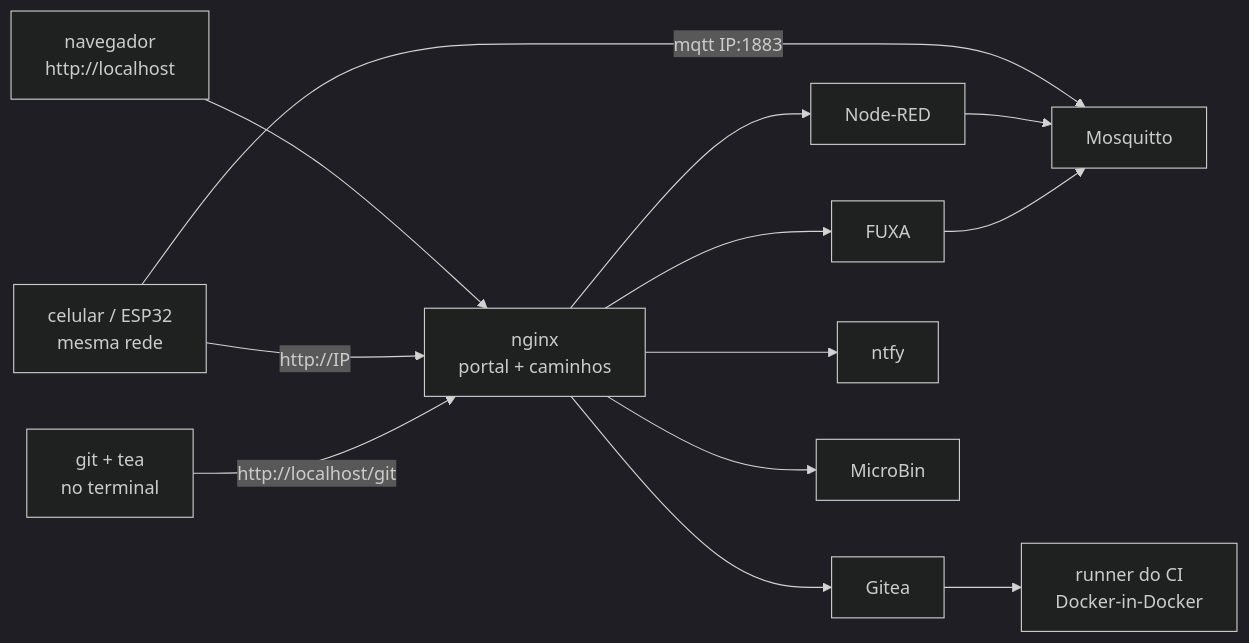
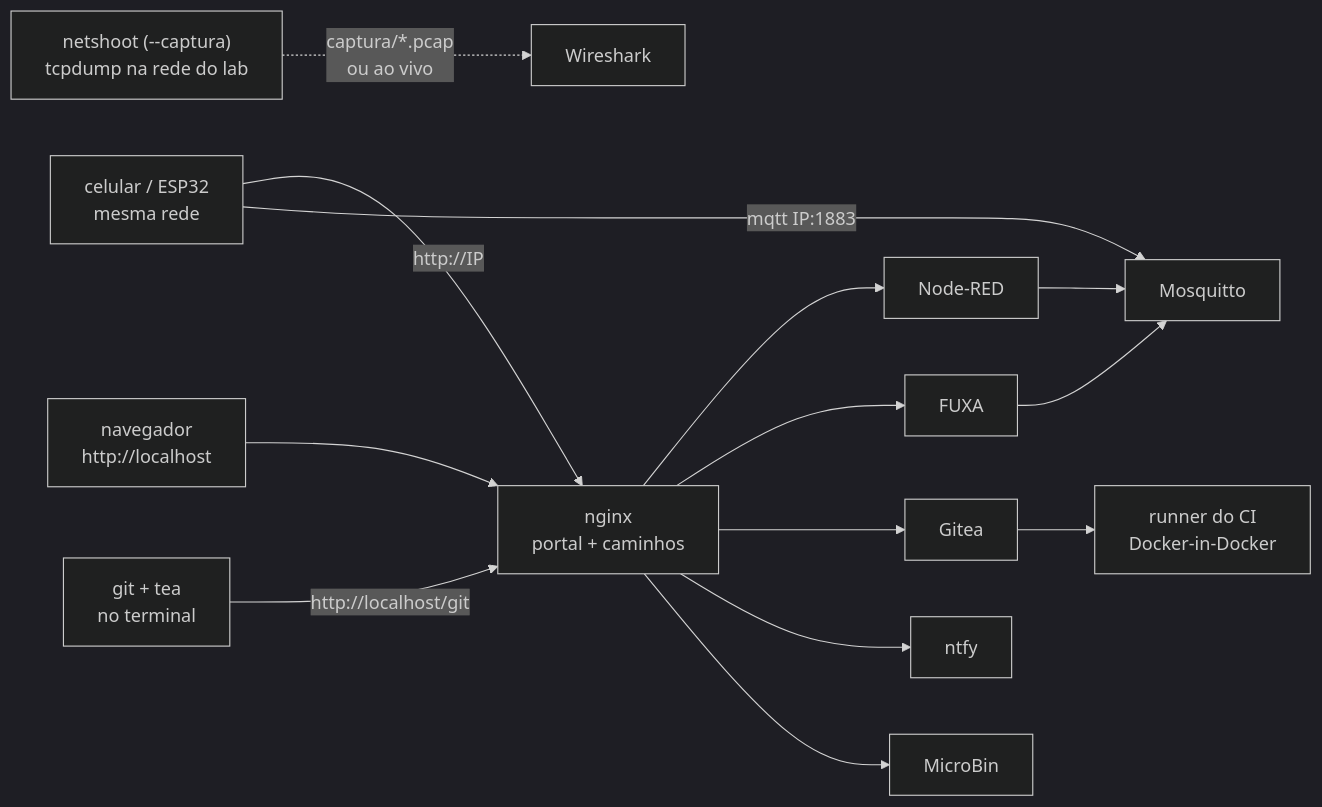
The diagram in infra-docs/setup/lab-iot-aluno.mdx (ruseleredu/iiot-docs), drawn with Mermaid (dark theme) before and after one commit. The commit also changed other lines of this file, not shown here.

````diff
--- a/infra-docs/setup/lab-iot-aluno.mdx
+++ b/infra-docs/setup/lab-iot-aluno.mdx
@@ -16,15 +17,16 @@
 ```mermaid
 flowchart LR
   B["navegador<br/>http://localhost"] --> N["nginx<br/>portal + caminhos"]
   C["celular / ESP32<br/>mesma rede"] -- "http://IP" --> N
   C -- "mqtt IP:1883" --> M["Mosquitto"]
   T["git + tea<br/>no terminal"] -- "http://localhost/git" --> N
   N --> NR["Node-RED"]
   N --> FX["FUXA"]
   N --> G["Gitea"]
   N --> NT["ntfy"]
   N --> MB["MicroBin"]
   NR --> M
   FX --> M
   G --> R["runner do CI<br/>Docker-in-Docker"]
+  NS["netshoot (--captura)<br/>tcpdump na rede do lab"] -. "captura/*.pcap<br/>ou ao vivo" .-> W["Wireshark"]
 ```
````
